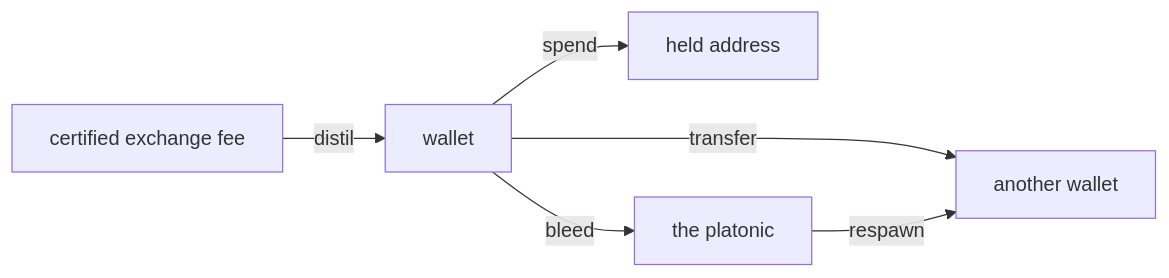
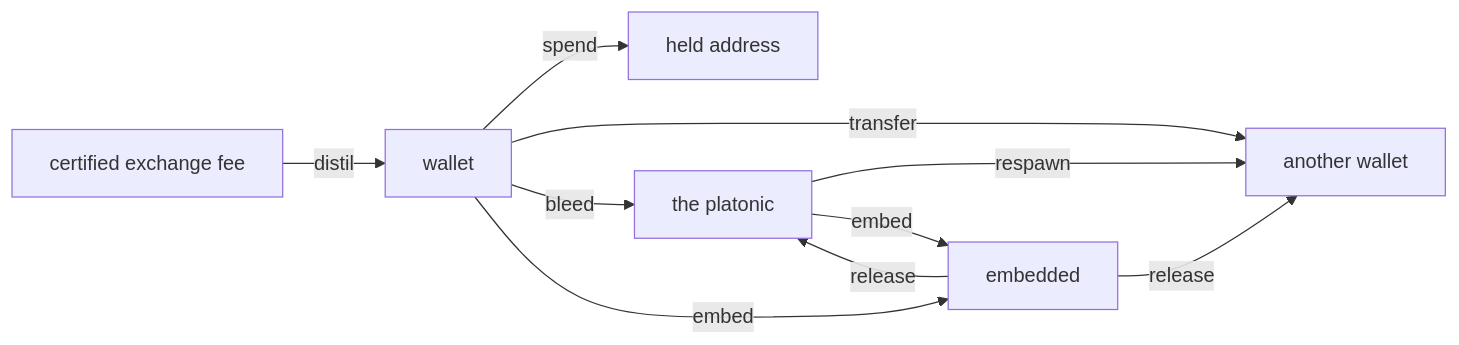
Before and after one commit to Acervator-LLC/ACERVATOR: the first of 3 diagrams in docs/manual/08-tabs/proof-of-accumulation.md, drawn with Mermaid. The commit also changed other lines of this file and 5 other files, not shown here.

````diff
--- a/docs/manual/08-tabs/proof-of-accumulation.md
+++ b/docs/manual/08-tabs/proof-of-accumulation.md
@@ -246,8 +252,12 @@
 ```mermaid
 flowchart LR
     FEE[certified exchange fee] -->|distil| WALLET[wallet]
     WALLET -->|spend| HELD[held address]
     WALLET -->|transfer| OTHER[another wallet]
     WALLET -->|bleed| PLATONIC[the platonic]
     PLATONIC -->|respawn| OTHER
+    PLATONIC -->|embed| EMBEDDED[embedded]
+    WALLET -->|embed| EMBEDDED
+    EMBEDDED -->|release| OTHER
+    EMBEDDED -->|release| PLATONIC
 ```
````
